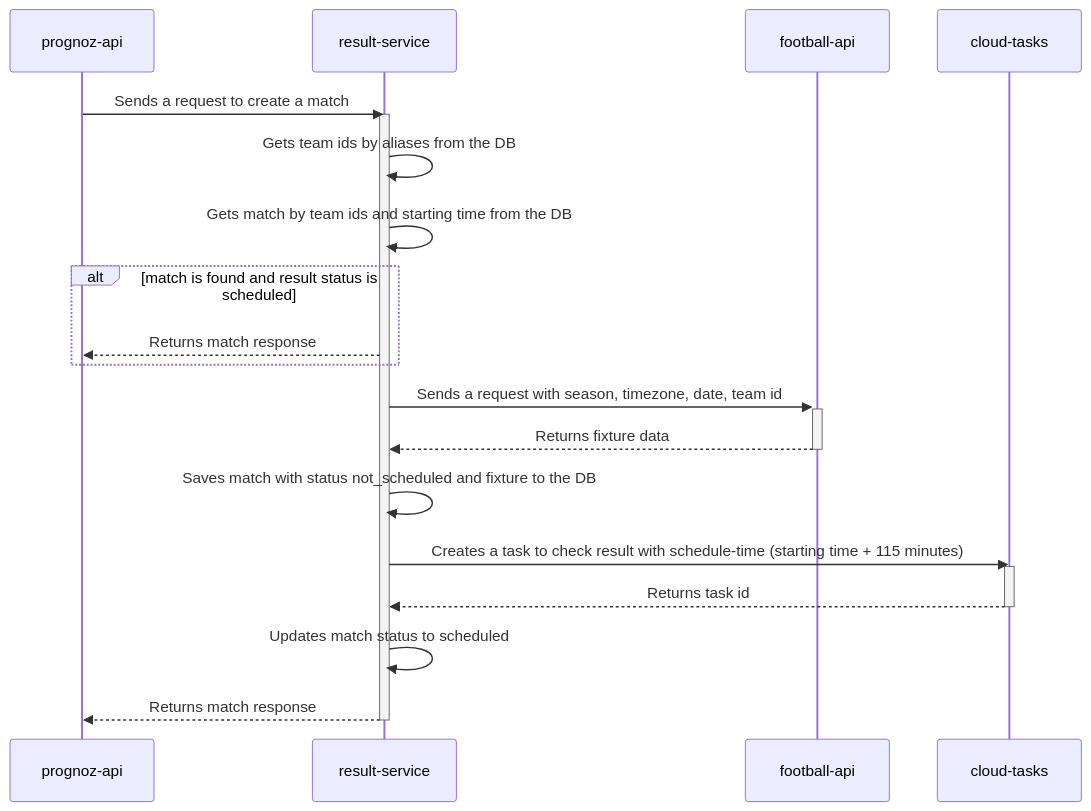
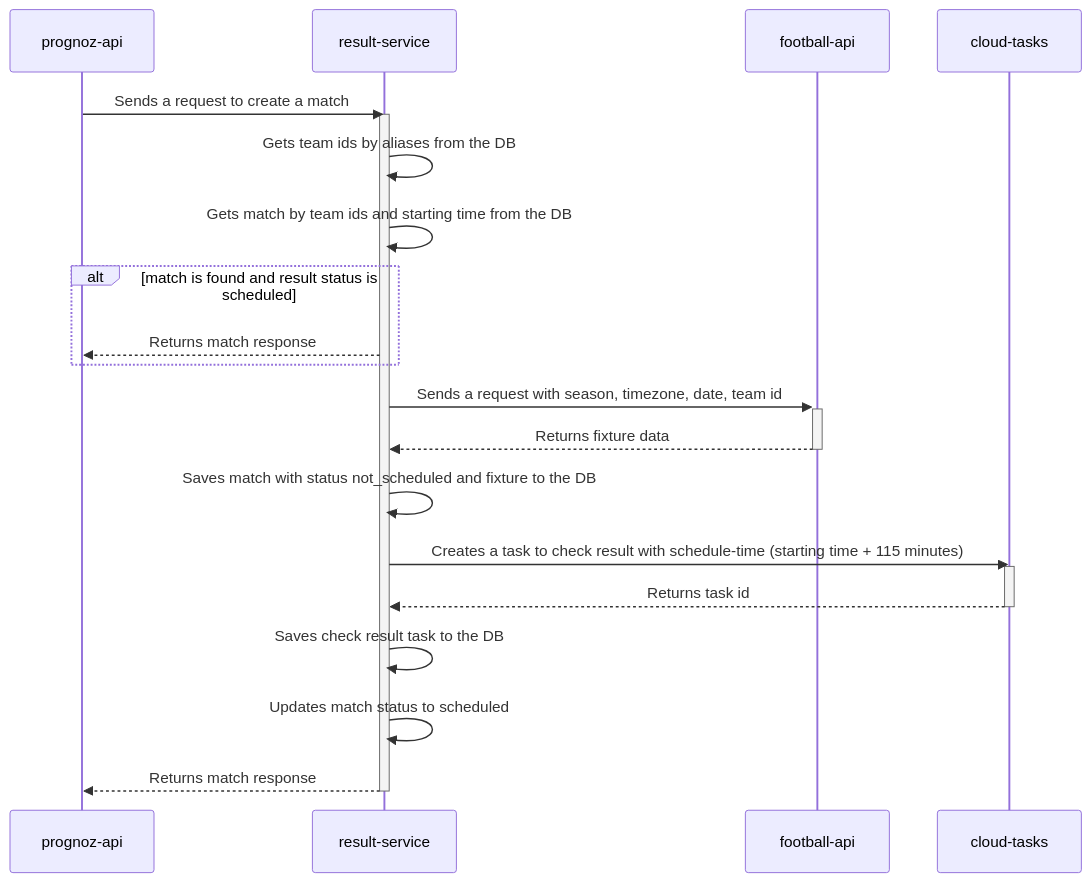
Before and after one commit to andrewshostak/result-service: the third of 7 diagrams in README.md, drawn with Mermaid. The commit also changed other lines of this file and 15 other files, not shown here.

Commit message:
Create task with a name, handle already exists task error, rename check-results db table, create check result repository, upd match service

````diff
--- a/README.md
+++ b/README.md
@@ -124,24 +124,25 @@
 ```mermaid
 sequenceDiagram
 participant API as prognoz-api
 participant ResultService as result-service
 participant FootballAPI as football-api
 participant CloudTasks as cloud-tasks
 API->>ResultService: Sends a request to create a match
 Activate ResultService
 ResultService->>ResultService: Gets team ids by aliases from the DB
 ResultService->>ResultService: Gets match by team ids and starting time from the DB
 alt match is found and result status is scheduled
     ResultService-->>API: Returns match response
 end
 ResultService->>+FootballAPI: Sends a request with season, timezone, date, team id
 FootballAPI-->>-ResultService: Returns fixture data
 ResultService->>ResultService: Saves match with status not_scheduled and fixture to the DB
 ResultService->>CloudTasks: Creates a task to check result with schedule-time (starting time + 115 minutes)
 Activate CloudTasks
 CloudTasks-->>ResultService: Returns task id
 Deactivate CloudTasks
+ResultService->>ResultService: Saves check result task to the DB
 ResultService->>ResultService: Updates match status to scheduled
 ResultService-->>API: Returns match response
 Deactivate ResultService
 ```
````
